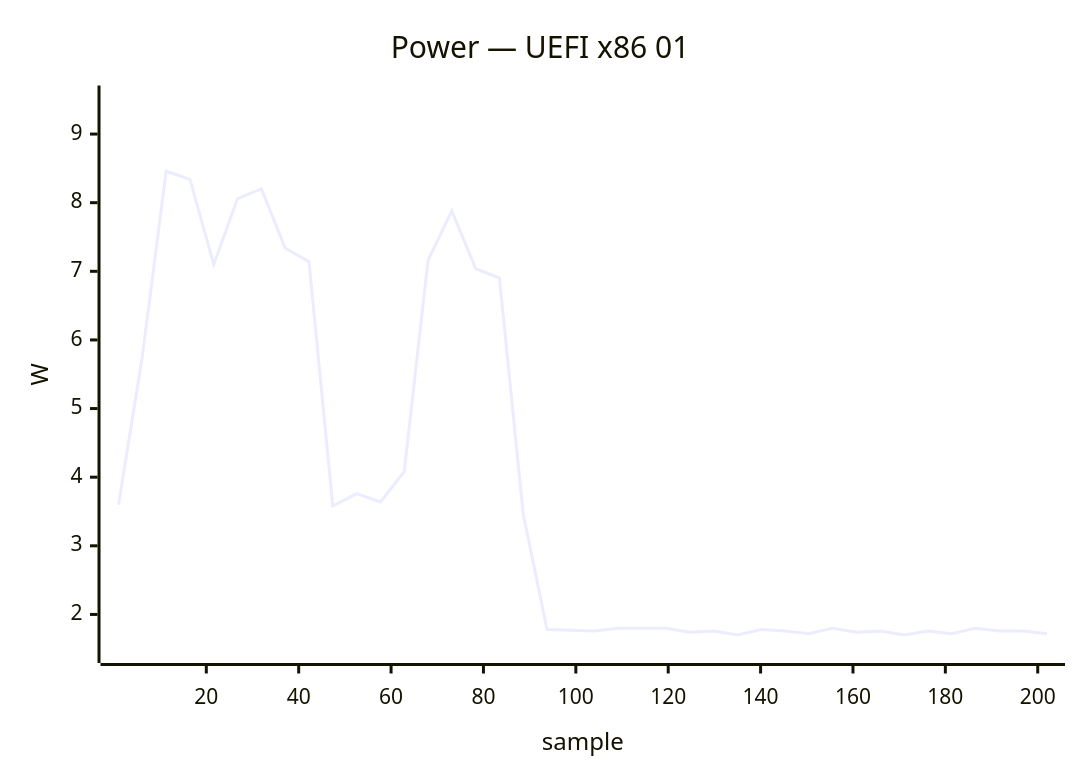
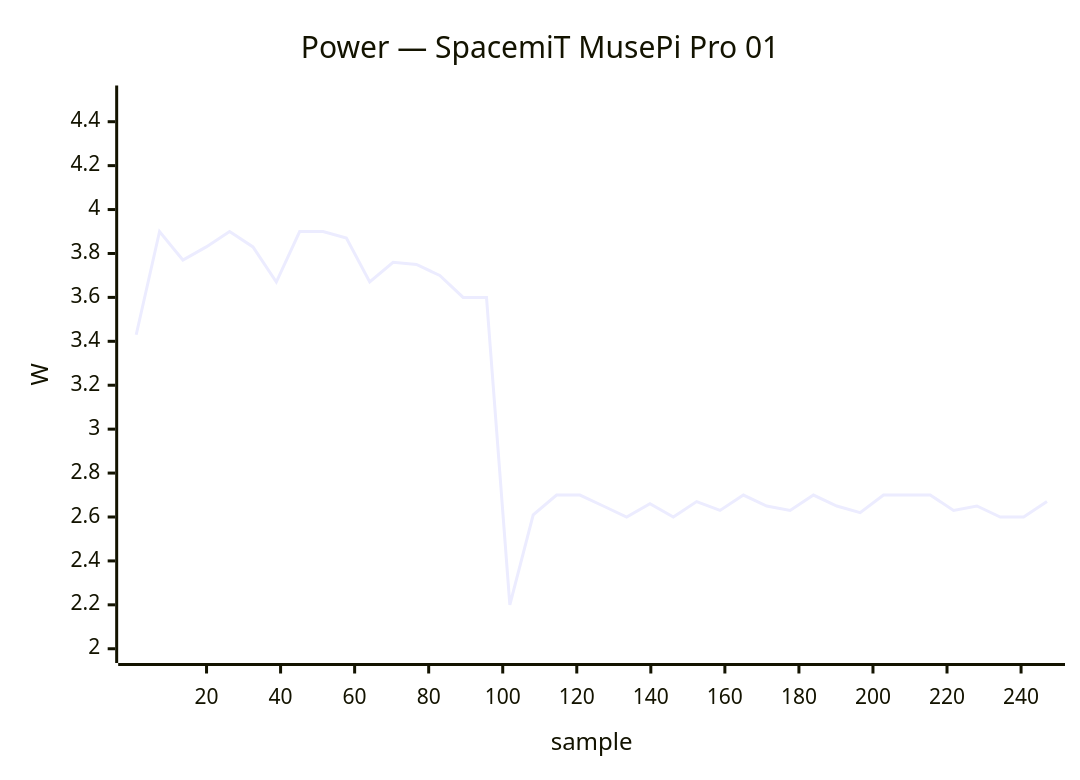
The sixth of 38 diagrams in docs/status/board-tests.md (armbian/documentation), drawn with Mermaid before and after one commit. The commit also changed other lines of this file, not shown here.

````diff
--- a/docs/status/board-tests.md
+++ b/docs/status/board-tests.md
@@ -259,7 +308,7 @@
 ```mermaid
 xychart-beta
-    title "Power — UEFI x86 01"
-    x-axis "sample" 1 --> 202
-    y-axis "W" 1.5 --> 9.5
-    line [3.60, 5.76, 8.46, 8.34, 7.10, 8.06, 8.20, 7.34, 7.14, 3.58, 3.76, 3.64, 4.08, 7.16, 7.88, 7.04, 6.90, 3.46, 1.78, 1.77, 1.76, 1.80, 1.80, 1.80, 1.74, 1.76, 1.70, 1.78, 1.76, 1.72, 1.80, 1.74, 1.76, 1.70, 1.76, 1.72, 1.80, 1.76, 1.76, 1.72]
+    title "Power — SpacemiT MusePi Pro 01"
+    x-axis "sample" 1 --> 247
+    y-axis "W" 2.0 --> 4.5
+    line [3.43, 3.90, 3.77, 3.83, 3.90, 3.83, 3.67, 3.90, 3.90, 3.87, 3.67, 3.76, 3.75, 3.70, 3.60, 3.60, 2.20, 2.61, 2.70, 2.70, 2.65, 2.60, 2.66, 2.60, 2.67, 2.63, 2.70, 2.65, 2.63, 2.70, 2.65, 2.62, 2.70, 2.70, 2.70, 2.63, 2.65, 2.60, 2.60, 2.67]
 ```
````
